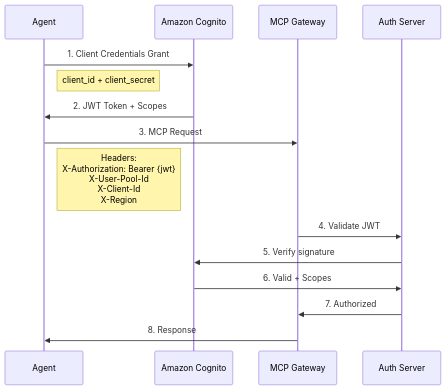
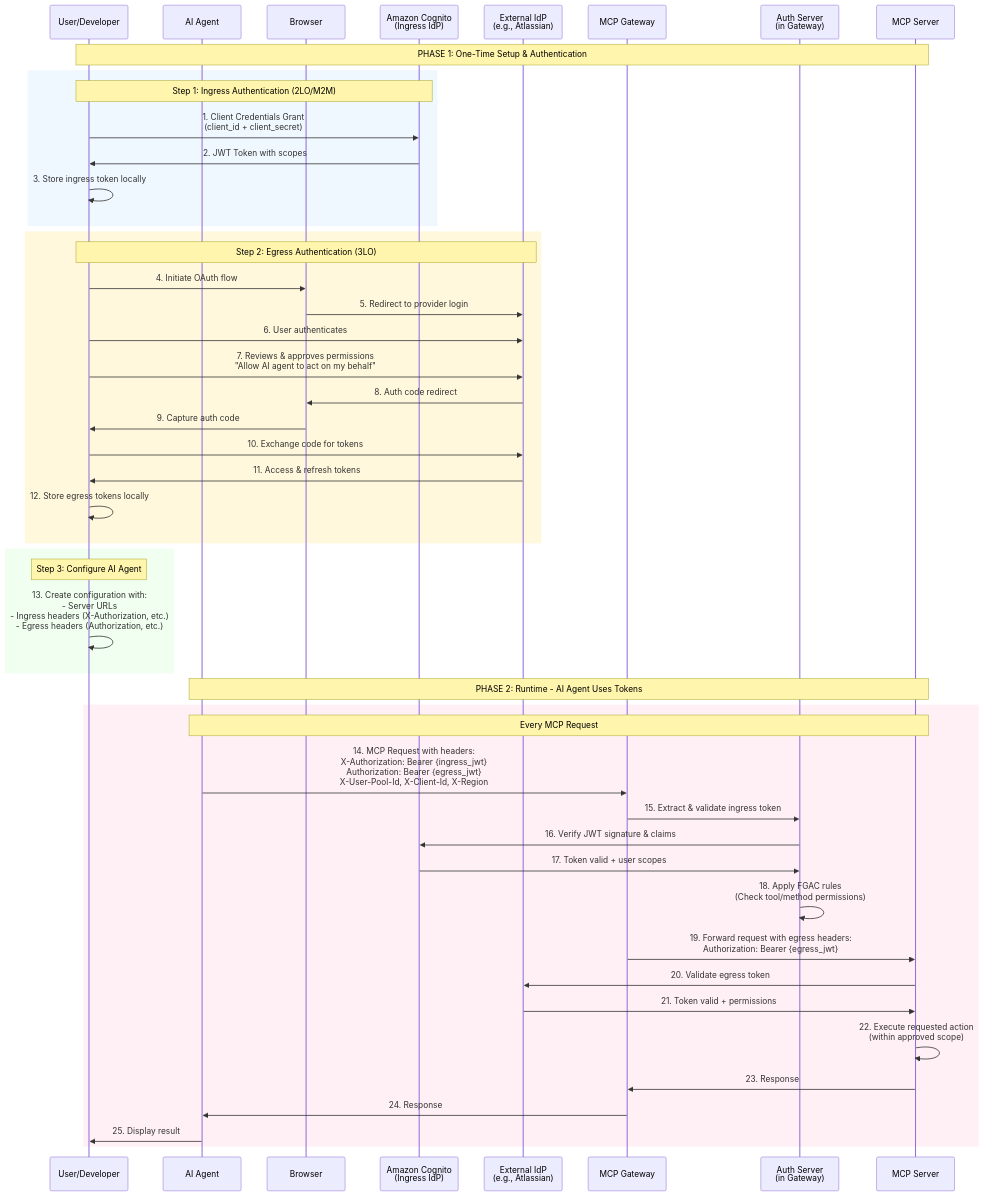
One commit to ascending-llc/mcp-gateway-registry changed the second of 2 diagrams in docs/auth.md. Above: the diagram before and after it, drawn with Mermaid. The commit also changed other lines of this file, not shown here.

First line of the commit message:
Improve authentication documentation with comprehensive dual-token flow diagrams

````diff
--- a/docs/auth.md
+++ b/docs/auth.md
@@ -275,21 +262,62 @@
 ```mermaid
 sequenceDiagram
-    participant Agent
-    participant Cognito as Amazon Cognito
+    participant User as User/Developer
+    participant Agent as AI Agent
+    participant Browser as Browser
+    participant Cognito as Amazon Cognito<br/>(Ingress IdP)
+    participant ExtIdP as External IdP<br/>(e.g., Atlassian)
     participant Gateway as MCP Gateway
-    participant AuthServer as Auth Server
+    participant AuthServer as Auth Server<br/>(in Gateway)
+    participant MCPServer as MCP Server
     
-    Agent->>Cognito: 1. Client Credentials Grant
-    Note right of Agent: client_id + client_secret
+    Note over User,MCPServer: PHASE 1: One-Time Setup & Authentication
     
-    Cognito->>Agent: 2. JWT Token + Scopes
+    rect rgb(240, 248, 255)
+        Note over User,Cognito: Step 1: Ingress Authentication (2LO/M2M)
+        User->>Cognito: 1. Client Credentials Grant<br/>(client_id + client_secret)
+        Cognito->>User: 2. JWT Token with scopes
+        User->>User: 3. Store ingress token locally
+    end
     
-    Agent->>Gateway: 3. MCP Request
-    Note right of Agent: Headers:<br/>X-Authorization: Bearer {jwt}<br/>X-User-Pool-Id<br/>X-Client-Id<br/>X-Region
+    rect rgb(255, 248, 220)
+        Note over User,ExtIdP: Step 2: Egress Authentication (3LO)
+        User->>Browser: 4. Initiate OAuth flow
+        Browser->>ExtIdP: 5. Redirect to provider login
+        User->>ExtIdP: 6. User authenticates
+        User->>ExtIdP: 7. Reviews & approves permissions<br/>"Allow AI agent to act on my behalf"
+        ExtIdP->>Browser: 8. Auth code redirect
+        Browser->>User: 9. Capture auth code
+        User->>ExtIdP: 10. Exchange code for tokens
+        ExtIdP->>User: 11. Access & refresh tokens
+        User->>User: 12. Store egress tokens locally
+    end
     
-    Gateway->>AuthServer: 4. Validate JWT
-    AuthServer->>Cognito: 5. Verify signature
-    Cognito->>AuthServer: 6. Valid + Scopes
-    AuthServer->>Gateway: 7. Authorized
-    Gateway->>Agent: 8. Response
+    rect rgb(240, 255, 240)
+        Note over User: Step 3: Configure AI Agent
+        User->>User: 13. Create configuration with:<br/>- Server URLs<br/>- Ingress headers (X-Authorization, etc.)<br/>- Egress headers (Authorization, etc.)
+    end
+    
+    Note over Agent,MCPServer: PHASE 2: Runtime - AI Agent Uses Tokens
+    
+    rect rgb(255, 240, 245)
+        Note over Agent,MCPServer: Every MCP Request
+        Agent->>Gateway: 14. MCP Request with headers:<br/>X-Authorization: Bearer {ingress_jwt}<br/>Authorization: Bearer {egress_jwt}<br/>X-User-Pool-Id, X-Client-Id, X-Region
+        
+        Gateway->>AuthServer: 15. Extract & validate ingress token
+        AuthServer->>Cognito: 16. Verify JWT signature & claims
+        Cognito->>AuthServer: 17. Token valid + user scopes
+        
+        AuthServer->>AuthServer: 18. Apply FGAC rules<br/>(Check tool/method permissions)
+        
+        Gateway->>MCPServer: 19. Forward request with egress headers:<br/>Authorization: Bearer {egress_jwt}
+        
+        MCPServer->>ExtIdP: 20. Validate egress token
+        ExtIdP->>MCPServer: 21. Token valid + permissions
+        
+        MCPServer->>MCPServer: 22. Execute requested action<br/>(within approved scope)
+        
+        MCPServer->>Gateway: 23. Response
+        Gateway->>Agent: 24. Response
+        Agent->>User: 25. Display result
+    end
 ```
````
